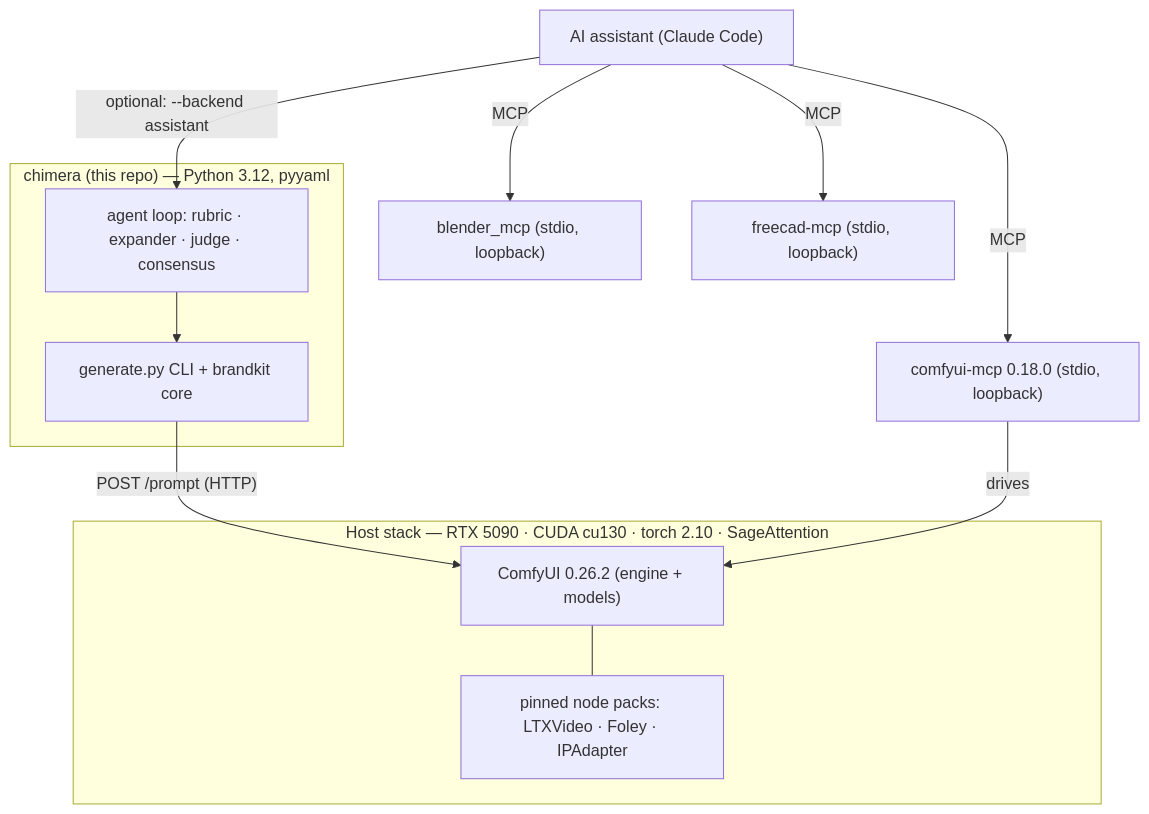
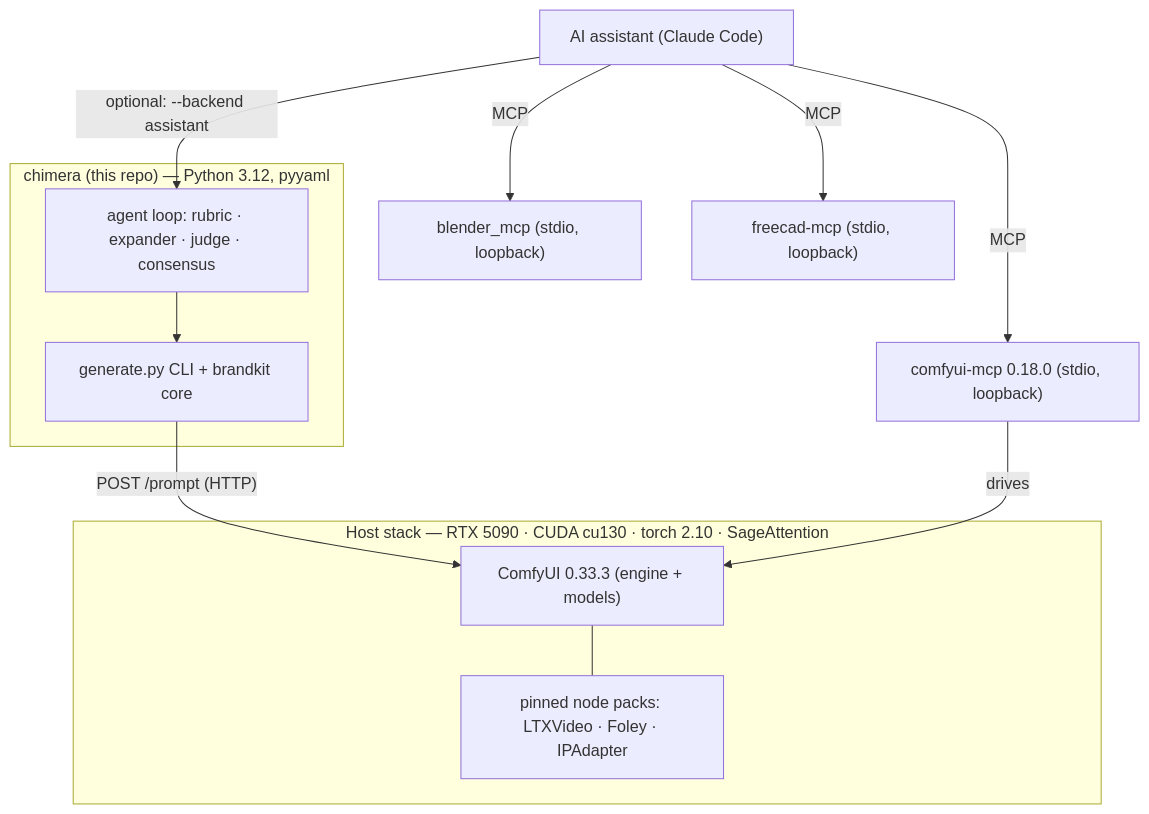
Before and after one commit to whartons/Chimera: the diagram in docs/STACK.md, drawn with Mermaid. The commit also changed other lines of this file and 5 other files, not shown here.

````diff
--- a/docs/STACK.md
+++ b/docs/STACK.md
@@ -12,22 +12,22 @@
 ```mermaid
 flowchart TD
     subgraph host["Host stack — RTX 5090 · CUDA cu130 · torch 2.10 · SageAttention"]
-        comfy["ComfyUI 0.26.2 (engine + models)"]
+        comfy["ComfyUI 0.33.3 (engine + models)"]
         packs["pinned node packs: LTXVideo · Foley · IPAdapter"]
         comfy --- packs
     end
     subgraph chimera["chimera (this repo) — Python 3.12, pyyaml"]
         cli["generate.py CLI + brandkit core"]
         agent["agent loop: rubric · expander · judge · consensus"]
     end
     mcp["comfyui-mcp 0.18.0 (stdio, loopback)"]
     cli -->|"POST /prompt (HTTP)"| comfy
     agent --> cli
     mcp -->|drives| comfy
     assistant["AI assistant (Claude Code)"] -->|MCP| mcp
     blender["blender_mcp (stdio, loopback)"]
     freecad["freecad-mcp (stdio, loopback)"]
     assistant -->|MCP| blender
     assistant -->|MCP| freecad
     assistant -->|"optional: --backend assistant"| agent
 ```
````
